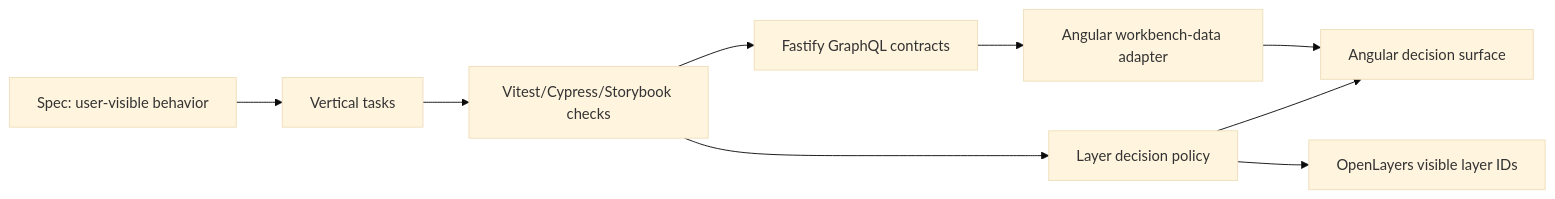
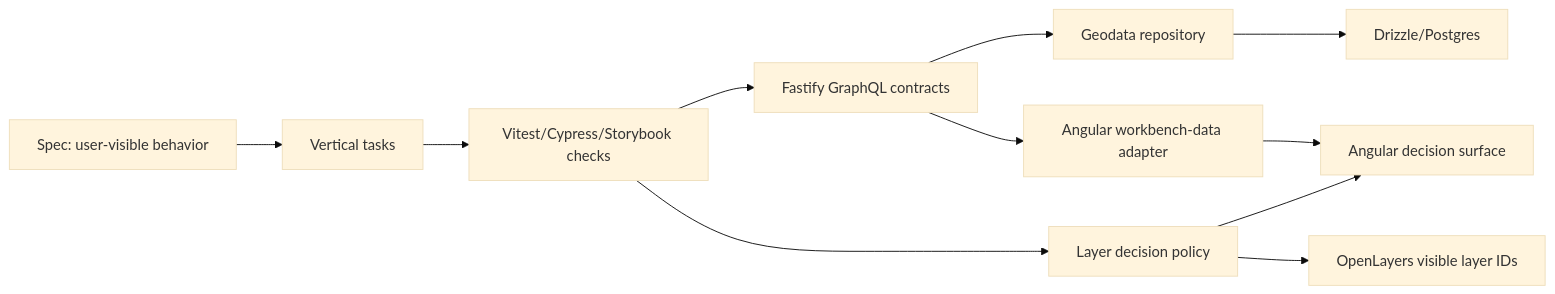
The diagram in .agents/docs/architecture.md (arek-e/metria-workshop-demo), drawn with Mermaid (base theme) before and after one commit. The commit also changed other lines of this file and 25 other files, not shown here.

Commit message:
feat: add drizzle-backed graphql data path

````diff
--- a/.agents/docs/architecture.md
+++ b/.agents/docs/architecture.md
@@ -9,11 +10,13 @@
 ```mermaid
 flowchart LR
   Spec["Spec: user-visible behavior"] --> Tasks["Vertical tasks"]
   Tasks --> Tests["Vitest/Cypress/Storybook checks"]
   Tests --> API["Fastify GraphQL contracts"]
+  API --> Repo["Geodata repository"]
+  Repo --> DB["Drizzle/Postgres"]
   API --> Data["Angular workbench-data adapter"]
   Tests --> Policy["Layer decision policy"]
   Data --> UI["Angular decision surface"]
   Policy --> UI
   Policy --> Map["OpenLayers visible layer IDs"]
 ```
````
